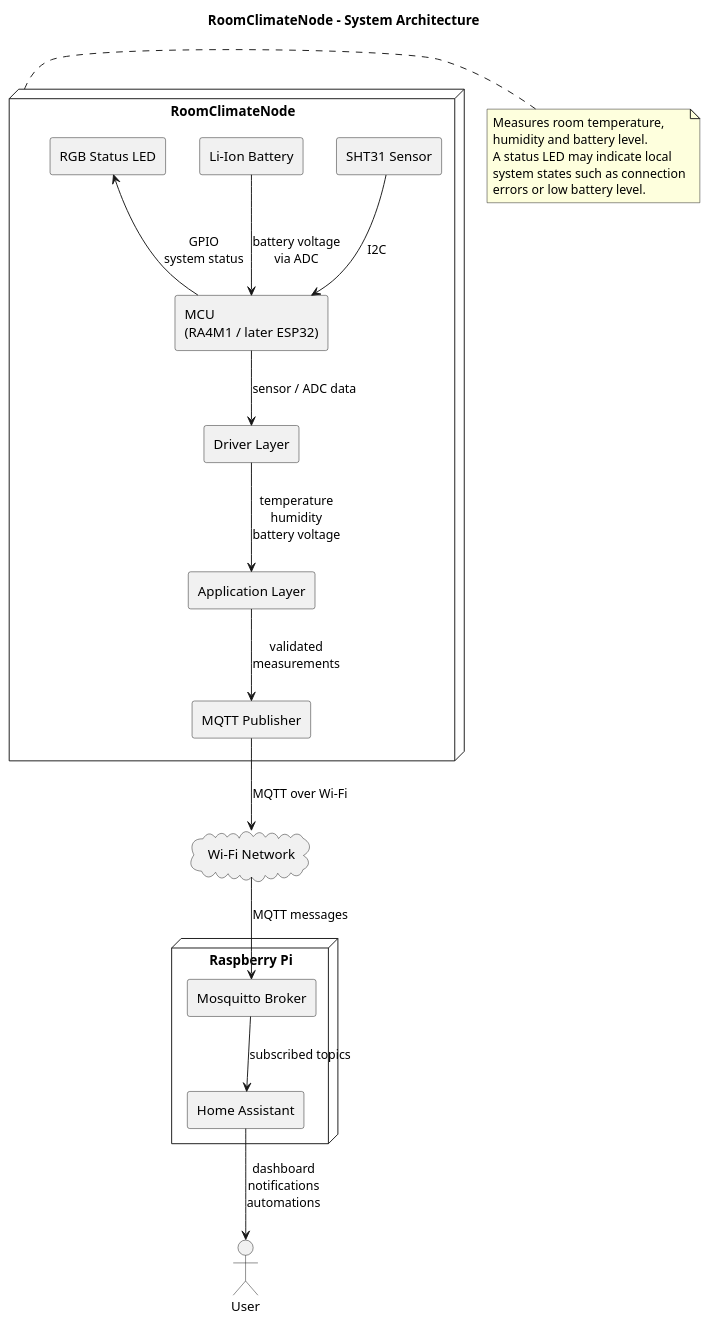
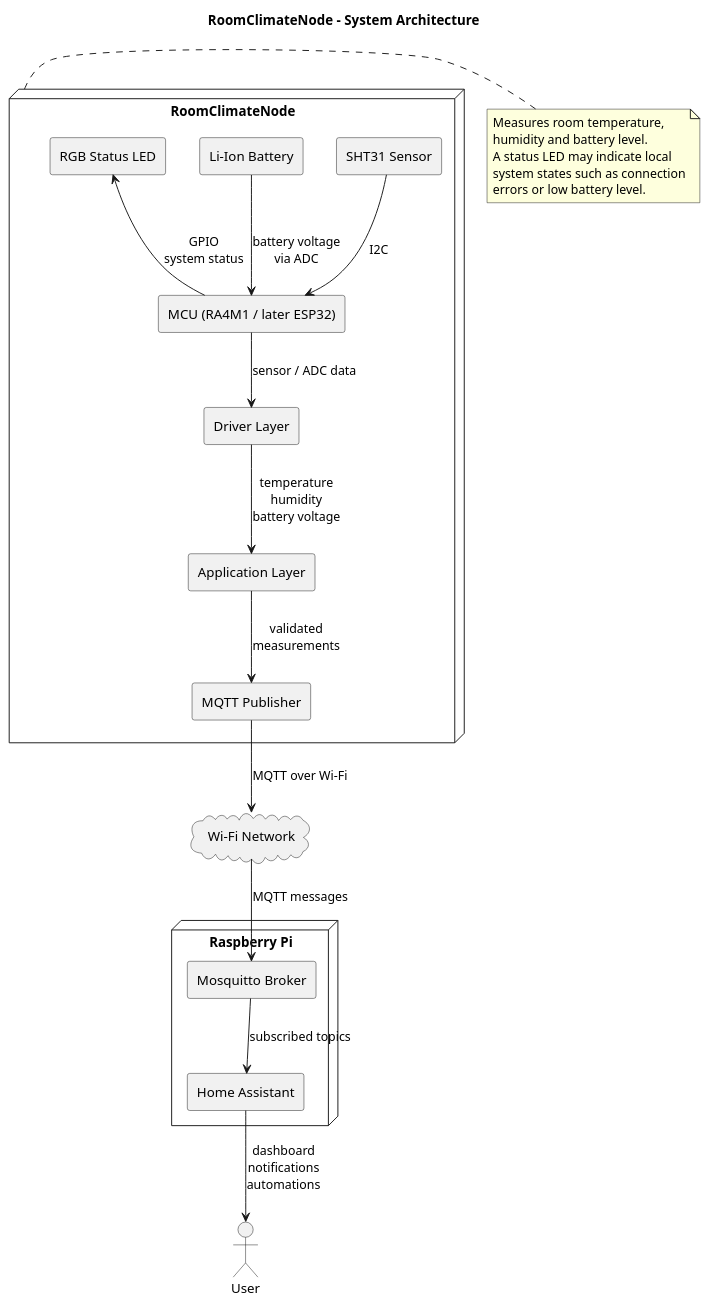
Before and after one commit to KennethK88/RoomClimateNode: the diagram in docs/SystemArchitecture.puml, drawn with PlantUML.

Commit message:
docs: Format of system architecture adjusted.

```diff
--- a/docs/SystemArchitecture.puml
+++ b/docs/SystemArchitecture.puml
@@ -1,63 +1,63 @@
 @startuml
 title RoomClimateNode – System Architecture
 
 skinparam componentStyle rectangle
 skinparam shadowing false
 
 ' ============================================================
 ' Sensor Node
 ' ============================================================
 
 node "RoomClimateNode" as roomNode {
     
     component "SHT31 Sensor" as sht31
     component "Li-Ion Battery" as battery
     component "RGB Status LED" as statusLed
-    component "MCU\n(RA4M1 / later ESP32)" as mcu
+    component "MCU (RA4M1 / later ESP32)" as mcu
 
     component "Driver Layer" as driverLayer
     component "Application Layer" as applicationLayer
     component "MQTT Publisher" as publisher
 
     sht31 --> mcu : I2C
     battery --> mcu : battery voltage\nvia ADC
     statusLed <-- mcu : GPIO\nsystem status
 
     mcu --> driverLayer : sensor / ADC data
     driverLayer --> applicationLayer : temperature\nhumidity\nbattery voltage
 
     applicationLayer --> publisher : validated\nmeasurements
 }
 
 ' ============================================================
 ' Network / Broker / Smart Home
 ' ============================================================
 
 cloud "Wi-Fi Network" as wifi
 
 node "Raspberry Pi" as pi {
     component "Mosquitto Broker" as broker
     component "Home Assistant" as ha
 }
 
 actor "User" as user
 
 publisher --> wifi : MQTT over Wi-Fi
 wifi --> broker : MQTT messages
 
 broker --> ha : subscribed topics
 ha --> user : dashboard\nnotifications\nautomations
 
 ' ============================================================
 ' Notes
 ' ============================================================
 
 note right of roomNode
   Measures room temperature,
   humidity and battery level.
   A status LED may indicate local
   system states such as connection
   errors or low battery level.
 end note
 
 @enduml
```
